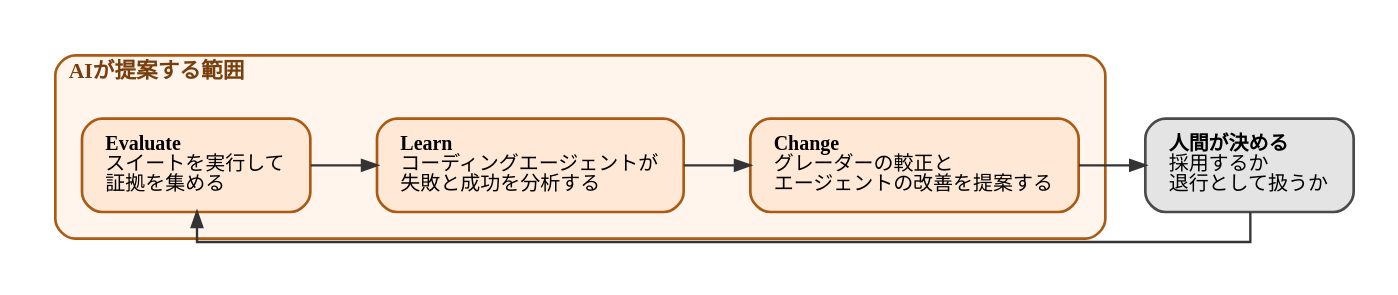
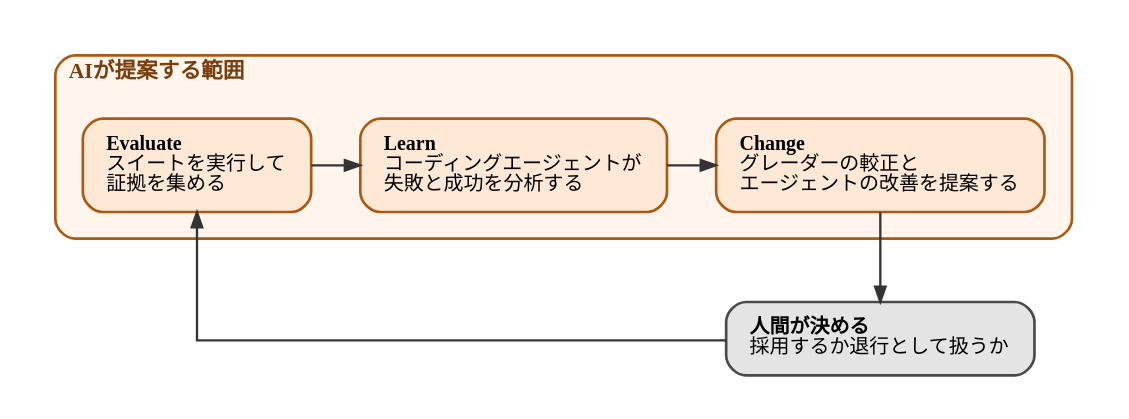
Before and after one commit to ymotongpoo/zenn.dev: the diagram in diagrams/20260929-agent-eval-loop/20260929-eval-loop.dot, drawn with Graphviz. The commit also changed 2 other files, not shown here.

Commit message:
fix(diagrams): 図3の戻りの矢印を枠の下辺から離す
戻りの矢印が「AIが提案する範囲」の枠の下辺から2.1ptしか離れておらず、
線が枠に張り付いて見づらかった。

周回3段を rank=same で横に並べ、人間の判断をその下のランクに置く構成に
変更した。戻りの辺が枠の下辺よりさらに下を通ってEvaluateの下端に届き、
枠との間隔を ranksep で制御できる。

却下した案（いずれも書き出して目視で確認）:
- クラスタの margin を 26/36/48 に広げる: 枠が広がるだけで辺は枠の内側を
  横切るようになり悪化する
- クラスタ内の最下段に不可視ノードを足す: 同じく枠の内側を横切る
- tailport/headport の指定: 経路が変わらず2.1ptのまま

機械チェックでは「枠との距離」の数値だけを見ると margin を広げた案が
最良に見えたが、実際には辺が枠内を通っていた。座標の数値では判断できず
書き出して目視するしかない。この経緯を .dot のコメントに記録した。

DPIは110で1006px。キャプションを配置に合わせて更新。

```diff
--- a/diagrams/20260929-agent-eval-loop/20260929-eval-loop.dot
+++ b/diagrams/20260929-agent-eval-loop/20260929-eval-loop.dot
@@ -1,72 +1,80 @@
 // 記事「オブザーバビリティのAIエージェントをどう評価するか」用。
 // Evaluate / Learn / Change の3段と、人間が決める位置を示す。
 //
 // 出典: Yasir Ekinci「Building an evaluation loop for Grafana Assistant」
 // "It is a practical loop where AI proposes, benchmarks verify, and humans decide."
 //
 // 色はブランドパレットに従う。周回の3段は主系列（Orange）、人間の判断は中立（Neutral）。
 // 矢印はすべて実線（周回の本筋であり、従属・非同期の経路はない）。
 //
-// 人間の判断を右側の別ランクに置き、rankdir=LR で周回を左から右へ回す。
-// 縦組み（rankdir=TB）で human を下に置くと、戻りの辺が
-//   - lhead=cluster_auto を付ければクラスタ枠で止まって Evaluate に届かない
-//   - 付けなければ枠の内側を這う
-// のどちらかになるため、この配置にした。横組みなら戻りの辺が枠の上を
-// 通って Evaluate の上端に素直に届く。
+// レイアウトの経緯:
+// 周回3段を rank=same で横に並べ、人間の判断をその下のランクに置く。こうすると
+// 戻りの辺は「人間が決める」から左へ回り、クラスタの下辺よりさらに下を通って
+// Evaluate の下端に届く。枠との間隔も ranksep で制御できる。
+//
+// 却下した案:
+//   - 3段を縦（rankdir=TB）に並べて human を下に置く: 戻りの辺が
+//     lhead=cluster_auto ありなら枠で止まって Evaluate に届かず、なしなら
+//     枠の内側を這う
+//   - 3段を横に並べて human を右隣のランクに置く: 戻りの辺が枠の下辺から
+//     2.1pt しか離れず、線が枠に張り付いて見える
+//   - クラスタの margin を広げる / クラスタ内に不可視ノードを足す: 枠が
+//     広がるだけで、辺は枠の内側を横切るようになり悪化する
 //
 // 辺のラベルは付けない（クラスタをまたぐ辺は枠線を跨ぐため）。矢印の意味は
 // キャプションで宣言する。
 digraph eval_loop {
   graph [
     fontname="IBM Plex Sans JP", fontsize=13,
-    rankdir=LR,
+    rankdir=TB,
     compound=true, splines=ortho,
-    nodesep=0.4, ranksep=0.55, pad=0.25,
+    nodesep=0.4, ranksep=0.75, pad=0.25,
     bgcolor="white", newrank=true
   ];
   node [
     fontname="IBM Plex Sans JP", fontsize=12,
     shape=box, style="rounded,filled",
     fillcolor="#F1F1F1", color="#4A4A4A", penwidth=1.6,
     margin="0.2,0.14"
   ];
   edge [
     fontname="IBM Plex Sans JP", fontsize=11,
     color="#343434", penwidth=1.4, arrowsize=0.9,
     fontcolor="#171717"
   ];
 
   subgraph cluster_auto {
     graph [
       label=<<b>AIが提案する範囲</b>>,
       labeljust="l",
       style="rounded", color="#AB5A13", penwidth=1.6,
       margin=16, bgcolor="#FFF5ED",
       fontcolor="#783F0E"
     ];
 
     evaluate [
       label=<<b>Evaluate</b><br align="left"/>スイートを実行して<br align="left"/>証拠を集める<br align="left"/>>,
       fillcolor="#FFE9D6", color="#AB5A13"
     ];
     learn [
       label=<<b>Learn</b><br align="left"/>コーディングエージェントが<br align="left"/>失敗と成功を分析する<br align="left"/>>,
       fillcolor="#FFE9D6", color="#AB5A13"
     ];
     change [
       label=<<b>Change</b><br align="left"/>グレーダーの較正と<br align="left"/>エージェントの改善を提案する<br align="left"/>>,
       fillcolor="#FFE9D6", color="#AB5A13"
     ];
 
+    { rank=same; evaluate; learn; change; }
     evaluate -> learn;
     learn -> change;
   }
 
   human [
-    label=<<b>人間が決める</b><br align="left"/>採用するか<br align="left"/>退行として扱うか<br align="left"/>>,
+    label=<<b>人間が決める</b><br align="left"/>採用するか退行として扱うか<br align="left"/>>,
     fillcolor="#E4E4E4", color="#4A4A4A"
   ];
 
   change -> human;
   human -> evaluate [constraint=false];
 }
```
